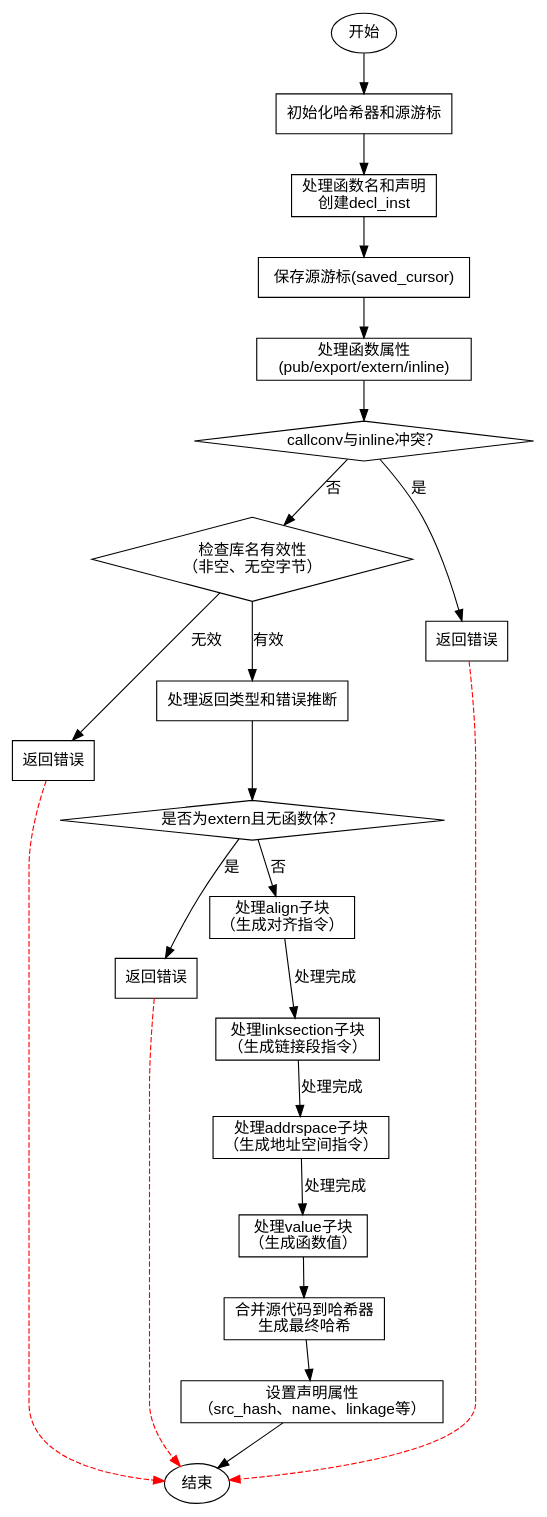
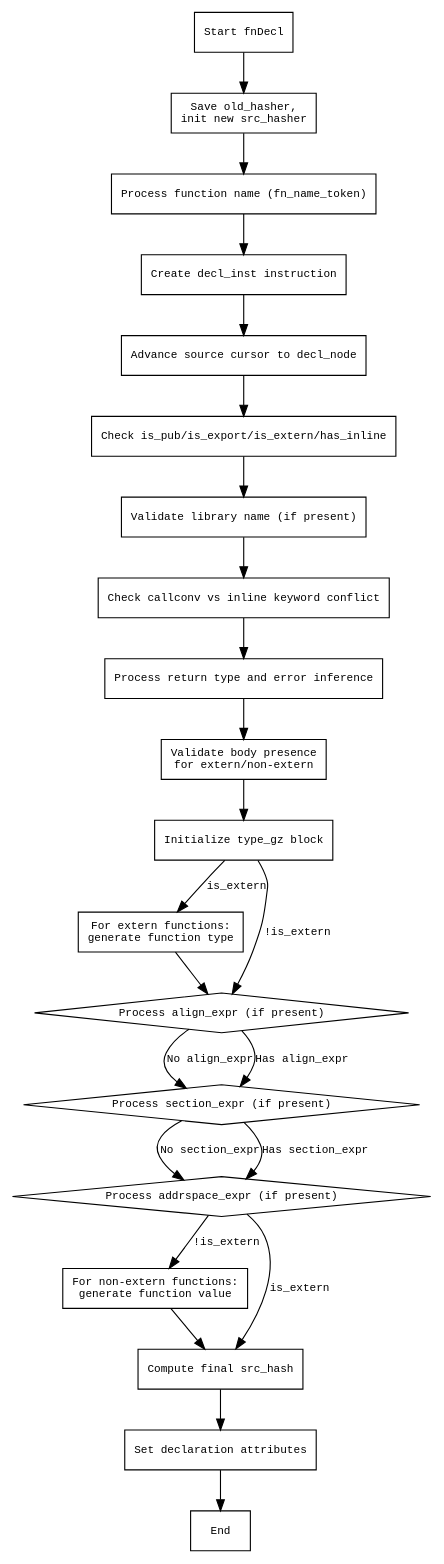
Before and after one commit to sdzx-1/deepseek-zig-reader: the diagram in dot_std/zig/AstGen.zig.fnDecl.md, drawn with Graphviz. The commit also changed other lines of this file and 236 other files, not shown here.

````diff
--- a/dot_std/zig/AstGen.zig.fnDecl.md
+++ b/dot_std/zig/AstGen.zig.fnDecl.md
@@ -170,55 +19,55 @@
 ```dot
 digraph flowchart {
-    node [fontname="Helvetica", shape=rect, color=black];
-    edge [color=black];
+    node [shape=rectangle, fontname="Courier", fontsize=10];
+    edge [fontname="Courier", fontsize=10];
 
-    start [label="开始", shape=ellipse];
-    end [label="结束", shape=ellipse];
-    init_hash [label="初始化哈希器和源游标"];
-    process_decl [label="处理函数名和声明\n创建decl_inst"];
-    save_cursor [label="保存源游标(saved_cursor)"];
-    process_attrs [label="处理函数属性\n(pub/export/extern/inline)"];
-    check_libname [label="检查库名有效性\n（非空、无空字节）", shape=diamond];
-    error_libname [label="返回错误", shape=box];
-    process_ret_type [label="处理返回类型和错误推断"];
-    check_extern_body [label="是否为extern且无函数体？", shape=diamond];
-    error_extern_body [label="返回错误", shape=box];
-    check_callconv_inline [label="callconv与inline冲突？", shape=diamond];
-    error_callconv_inline [label="返回错误", shape=box];
-    handle_align [label="处理align子块\n（生成对齐指令）"];
-    handle_linksection [label="处理linksection子块\n（生成链接段指令）"];
-    handle_addrspace [label="处理addrspace子块\n（生成地址空间指令）"];
-    handle_value [label="处理value子块\n（生成函数值）"];
-    merge_source [label="合并源代码到哈希器\n生成最终哈希"];
-    set_decl [label="设置声明属性\n（src_hash、name、linkage等）"];
+    start [label="Start fnDecl"];
+    save_hasher [label="Save old_hasher,\ninit new src_hasher"];
+    process_name [label="Process function name (fn_name_token)"];
+    create_decl_inst [label="Create decl_inst instruction"];
+    advance_cursor [label="Advance source cursor to decl_node"];
+    check_visibility [label="Check is_pub/is_export/is_extern/has_inline"];
+    process_libname [label="Validate library name (if present)"];
+    check_callconv [label="Check callconv vs inline keyword conflict"];
+    process_returntype [label="Process return type and error inference"];
+    validate_body [label="Validate body presence\nfor extern/non-extern"];
+    init_type_gz [label="Initialize type_gz block"];
+    handle_extern [label="For extern functions:\ngenerate function type"];
+    handle_align [label="Process align_expr (if present)", shape=diamond];
+    handle_section [label="Process section_expr (if present)", shape=diamond];
+    handle_addrspace [label="Process addrspace_expr (if present)", shape=diamond];
+    handle_value [label="For non-extern functions:\ngenerate function value"];
+    finalize_hash [label="Compute final src_hash"];
+    set_declaration [label="Set declaration attributes"];
+    end [label="End"];
 
-    start -> init_hash;
-    init_hash -> process_decl;
-    process_decl -> save_cursor;
-    save_cursor -> process_attrs;
-    process_attrs -> check_callconv_inline;
-    
-    check_callconv_inline -> error_callconv_inline [label="是"];
-    check_callconv_inline -> check_libname [label="否"];
-    
-    check_libname -> error_libname [label="无效"];
-    check_libname -> process_ret_type [label="有效"];
-    
-    process_ret_type -> check_extern_body;
-    
-    check_extern_body -> error_extern_body [label="是"];
-    check_extern_body -> handle_align [label="否"];
-    
-    handle_align -> handle_linksection [label="处理完成"];
-    handle_linksection -> handle_addrspace [label="处理完成"];
-    handle_addrspace -> handle_value [label="处理完成"];
-    handle_value -> merge_source;
-    merge_source -> set_decl;
-    set_decl -> end;
-    
-    // 错误处理统一指向结束
-    error_libname -> end [style=dashed, color=red];
-    error_extern_body -> end [style=dashed, color=red];
-    error_callconv_inline -> end [style=dashed, color=red];
+    start -> save_hasher;
+    save_hasher -> process_name;
+    process_name -> create_decl_inst;
+    create_decl_inst -> advance_cursor;
+    advance_cursor -> check_visibility;
+    check_visibility -> process_libname;
+    process_libname -> check_callconv;
+    check_callconv -> process_returntype;
+    process_returntype -> validate_body;
+    validate_body -> init_type_gz;
+
+    init_type_gz -> handle_extern [label="is_extern"];
+    handle_extern -> handle_align;
+
+    init_type_gz -> handle_align [label="!is_extern"];
+
+    handle_align -> handle_section [label="No align_expr"];
+    handle_align -> handle_section [label="Has align_expr"];
+
+    handle_section -> handle_addrspace [label="No section_expr"];
+    handle_section -> handle_addrspace [label="Has section_expr"];
+
+    handle_addrspace -> handle_value [label="!is_extern"];
+    handle_addrspace -> finalize_hash [label="is_extern"];
+
+    handle_value -> finalize_hash;
+    finalize_hash -> set_declaration;
+    set_declaration -> end;
 }
 ```
````
